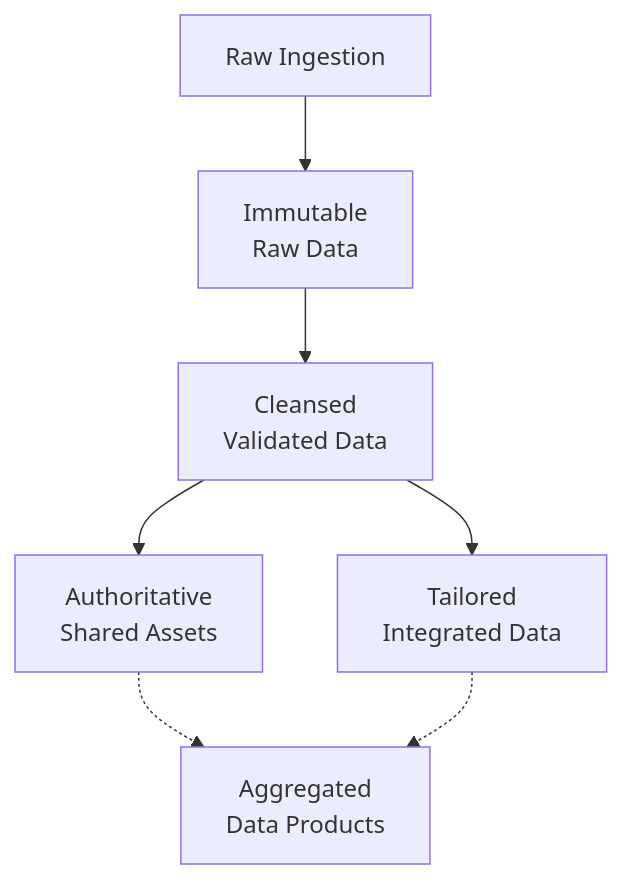
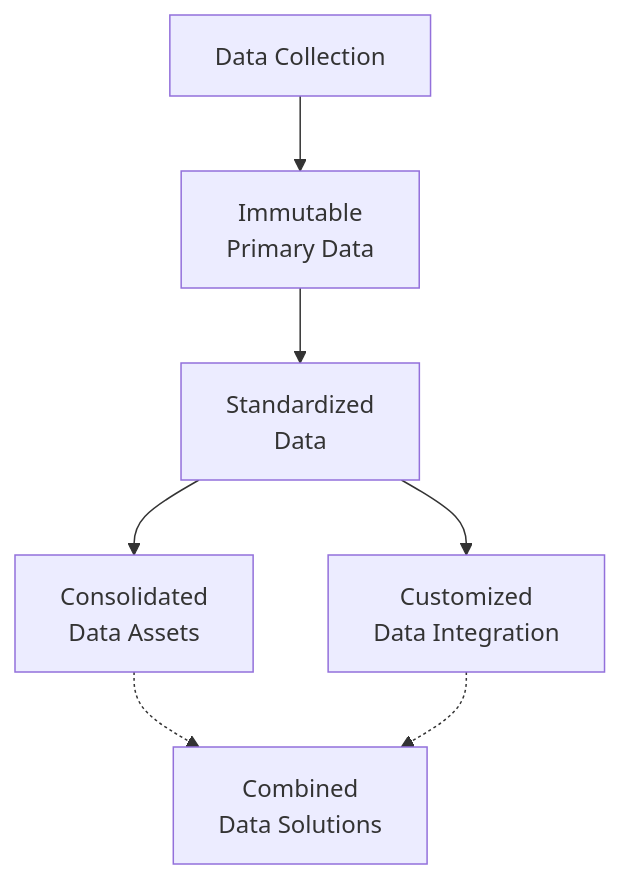
Before and after one commit to mgorav/MedallionArchitecture: the third of 18 diagrams in readme.md, drawn with Mermaid. The commit also changed other lines of this file and 1 other file, not shown here.

````diff
--- a/readme.md
+++ b/readme.md
@@ -51,9 +49,9 @@
 ```mermaid
 graph TD
-A[Raw Ingestion] --> B[Immutable <br> Raw Data]
-B --> C[Cleansed <br> Validated Data] 
-C --> D[Authoritative <br> Shared Assets]  
-C --> E[Tailored <br> Integrated Data]
-D -.-> F[Aggregated <br> Data Products]
+A[Data Collection] --> B[Immutable <br> Primary Data]
+B --> C[Standardized <br> Data] 
+C --> D[Consolidated <br> Data Assets]  
+C --> E[Customized <br> Data Integration]
+D -.-> F[Combined <br> Data Solutions]
 E -.-> F
 ```
````
